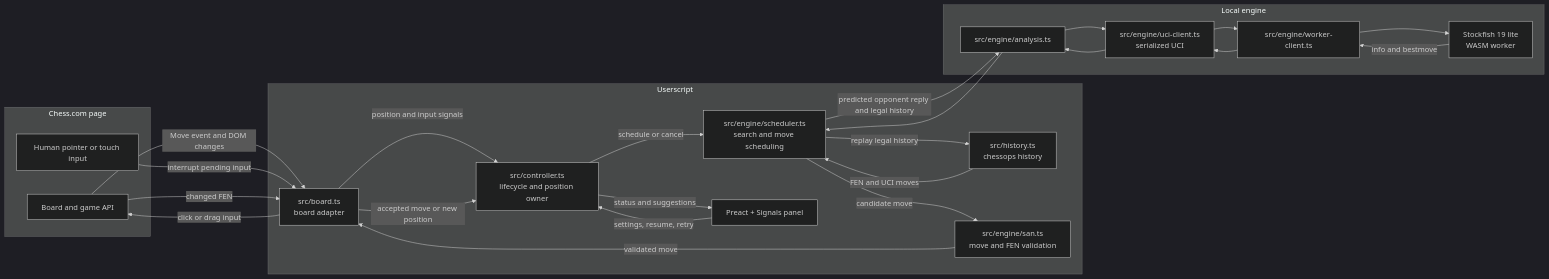
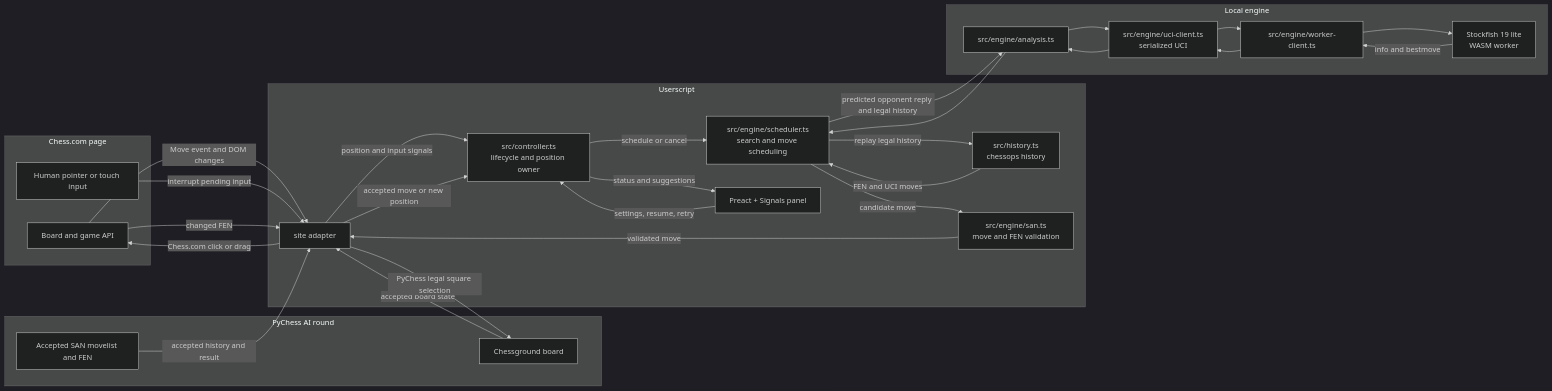
Before and after one commit to quantavil/userscript: the diagram in super-chess-bot/README.md, drawn with Mermaid (dark theme). The commit also changed other lines of this file and 8 other files, not shown here.

````diff
--- a/super-chess-bot/README.md
+++ b/super-chess-bot/README.md
@@ -7,40 +7,48 @@
 ```mermaid
 flowchart LR
-  subgraph site[Chess.com page]
+  subgraph chesscom[Chess.com page]
     board[Board and game API]
     human[Human pointer or touch input]
   end
 
+  subgraph pychess[PyChess AI round]
+    cg[Chessground board]
+    moves[Accepted SAN movelist and FEN]
+  end
+
   subgraph userscript[Userscript]
-    adapter[src/board.ts<br/>board adapter]
+    adapter[site adapter]
     controller[src/controller.ts<br/>lifecycle and position owner]
     scheduler[src/engine/scheduler.ts<br/>search and move scheduling]
     history[src/history.ts<br/>chessops history]
     rules[src/engine/san.ts<br/>move and FEN validation]
     panel[Preact + Signals panel]
   end
 
   subgraph engine[Local engine]
     analysis[src/engine/analysis.ts]
     uci[src/engine/uci-client.ts<br/>serialized UCI]
     worker[src/engine/worker-client.ts]
     stockfish[Stockfish 19 lite<br/>WASM worker]
   end
 
   board -->|Move event and DOM changes| adapter
   human -->|interrupt pending input| adapter
+  cg -->|accepted board state| adapter
+  moves -->|accepted history and result| adapter
   adapter -->|position and input signals| controller
   controller -->|schedule or cancel| scheduler
   controller -->|status and suggestions| panel
   panel -->|settings, resume, retry| controller
 
   scheduler -->|replay legal history| history
   history -->|FEN and UCI moves| scheduler
   scheduler -->|predicted opponent reply and legal history| analysis --> uci --> worker --> stockfish
   stockfish -->|info and bestmove| worker --> uci --> analysis --> scheduler
   scheduler -->|candidate move| rules
   rules -->|validated move| adapter
-  adapter -->|click or drag input| board
+  adapter -->|Chess.com click or drag| board
+  adapter -->|PyChess legal square selection| cg
   board -->|changed FEN| adapter
   adapter -->|accepted move or new position| controller
 ```
````
